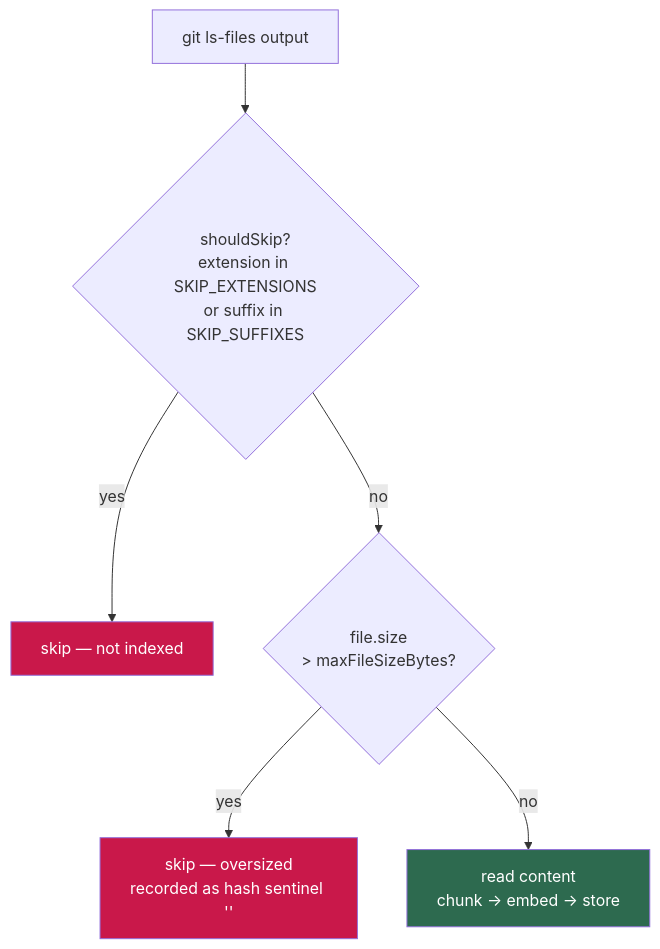
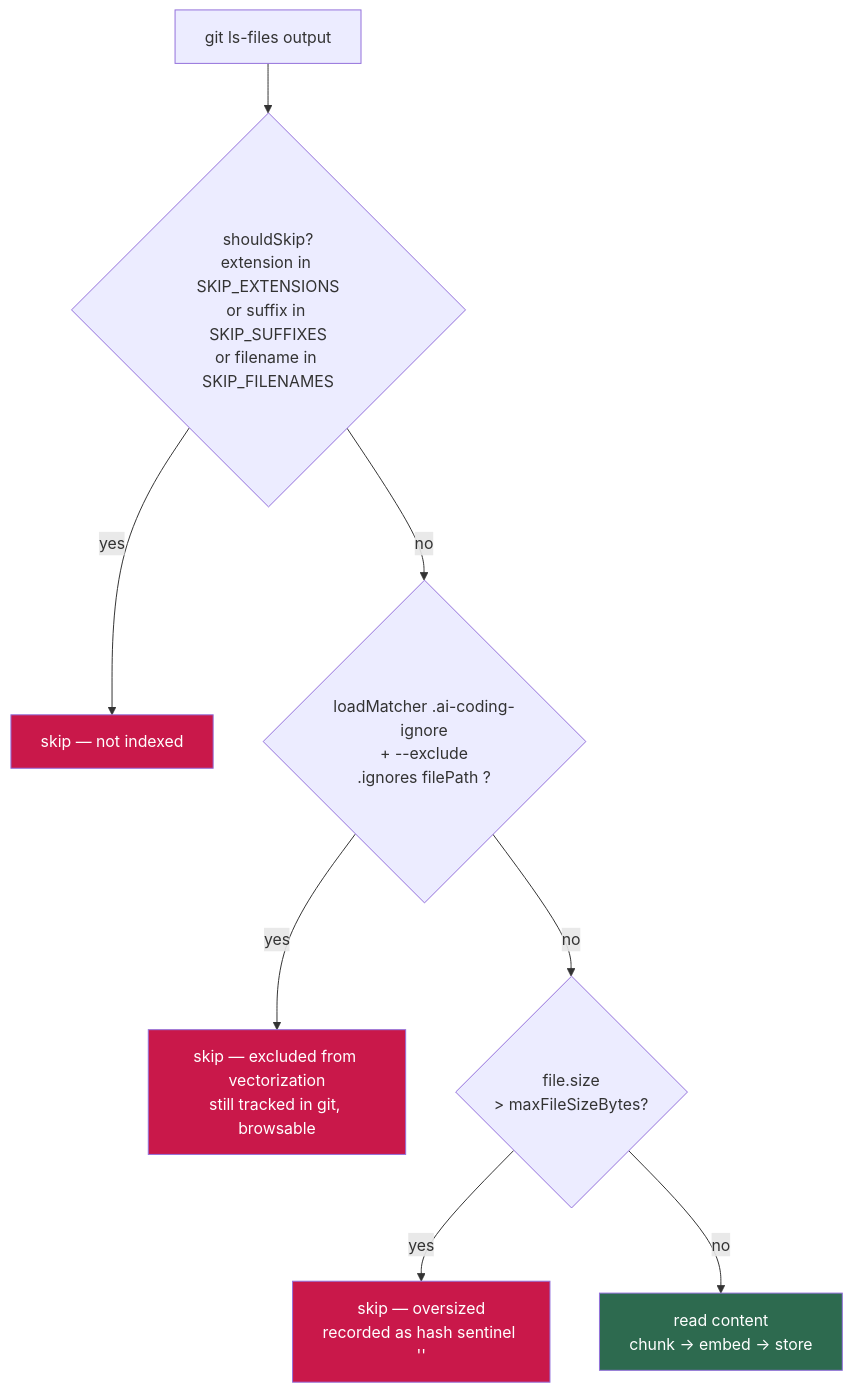
One commit to vansweej/ai-coding changed the third of 9 diagrams in docs/codebase-indexer.md. Above: the diagram before and after it, drawn with Mermaid. The commit also changed other lines of this file and 16 other files, not shown here.

First line of the commit message:
feat(codebase): add gitignore-style index filters (.ai-coding-ignore / .ai-coding-keep)

````diff
--- a/docs/codebase-indexer.md
+++ b/docs/codebase-indexer.md
@@ -138,12 +151,15 @@
 ```mermaid
 flowchart TD
-    A[git ls-files output] --> B{shouldSkip?\nextension in SKIP_EXTENSIONS\nor suffix in SKIP_SUFFIXES}
+    A[git ls-files output] --> B{shouldSkip?\nextension in SKIP_EXTENSIONS\nor suffix in SKIP_SUFFIXES\nor filename in SKIP_FILENAMES}
     B -->|yes| SKIP1[skip — not indexed]
-    B -->|no| C{file.size\n> maxFileSizeBytes?}
+    B -->|no| B2{loadMatcher .ai-coding-ignore\n+ --exclude\n.ignores filePath ?}
+    B2 -->|yes| SKIP1b[skip — excluded from vectorization\nstill tracked in git, browsable]
+    B2 -->|no| C{file.size\n> maxFileSizeBytes?}
     C -->|yes| SKIP2[skip — oversized\nrecorded as hash sentinel '']
     C -->|no| D[read content\nchunk → embed → store]
 
     style SKIP1 fill:#c9184a,color:#fff
+    style SKIP1b fill:#c9184a,color:#fff
     style SKIP2 fill:#c9184a,color:#fff
     style D fill:#2d6a4f,color:#fff
 ```
````
